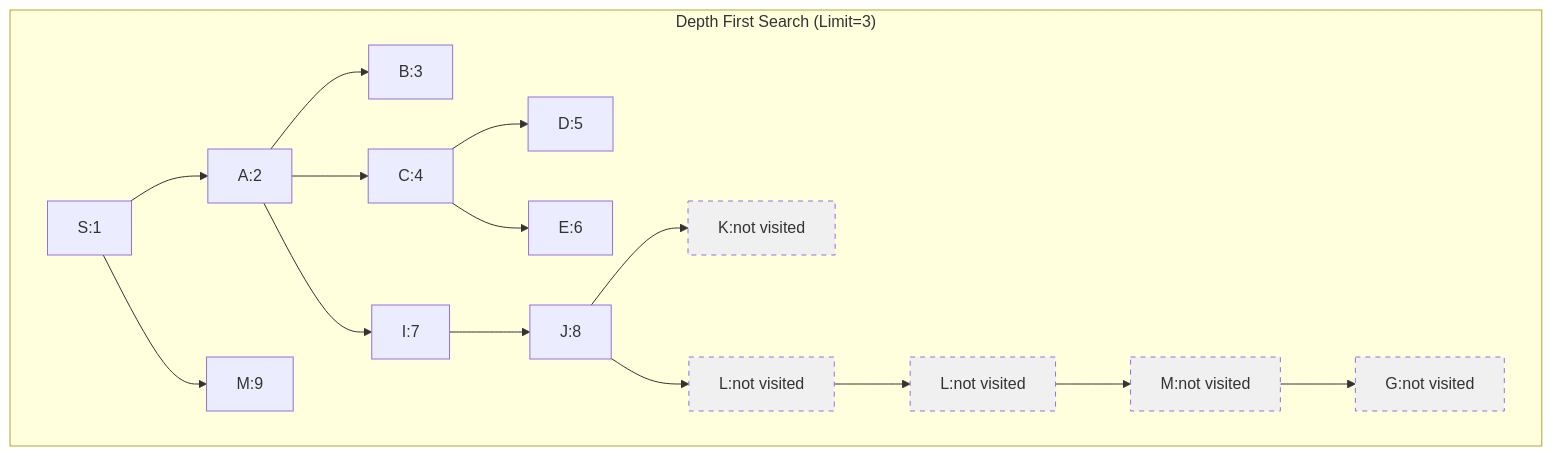
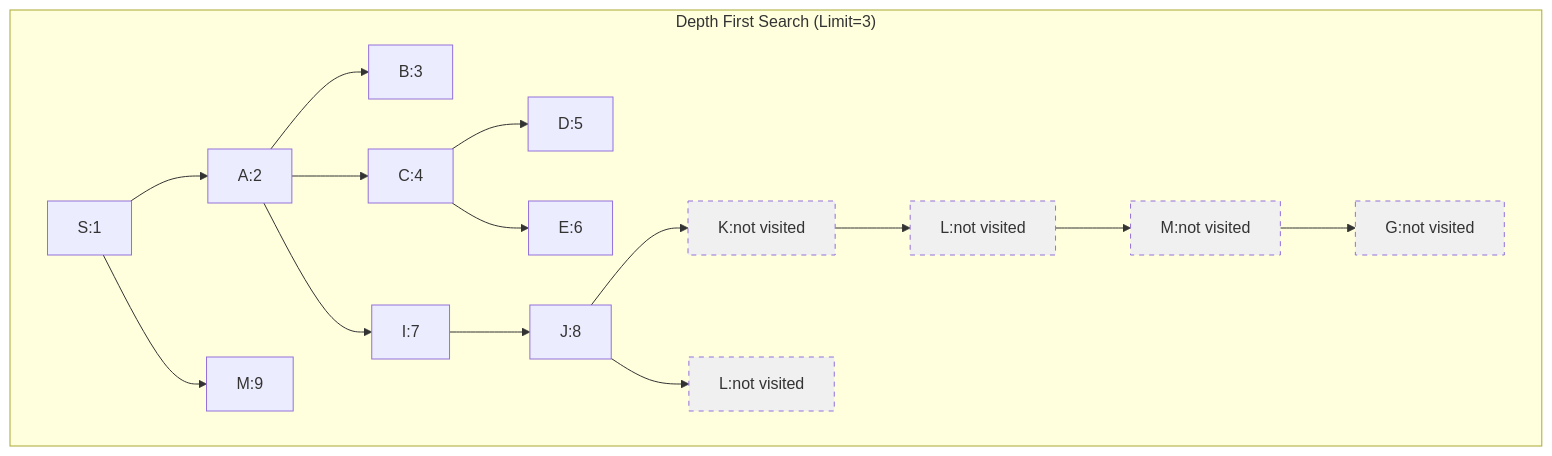
The diagram in DFSLimit3.md (webJdi/AAI_501_Assignments), drawn with Mermaid before and after one commit. The commit also changed 1 other file, not shown here.

Commit message:
Corrected branching issue

```diff
--- a/DFSLimit3.md
+++ b/DFSLimit3.md
@@ -1,41 +1,41 @@
 :::mermaid
 
 graph TD
     subgraph "Depth First Search (Limit=3)"
     S3[S:1]
     A3[A:2]
     M3[M:9]
     B3[B:3]
     C3[C:4]
     I3[I:7]
     D3[D:5]
     E3[E:6]
     J3[J:8]
     K3[K:not visited]
     L13[L:not visited]
     L23[L:not visited]
     M23[M:not visited]
     G3[G:not visited]
 
     S3 --> A3
     S3 --> M3
     A3 --> B3
     A3 --> C3
     A3 --> I3
     C3 --> D3
     C3 --> E3
     I3 --> J3
     J3 --> K3
     J3 --> L13
-    L13 --> L23
+    K3 --> L23
     L23 --> M23
     M23 --> G3
 
     style K3 fill:#f0f0f0,stroke-dasharray: 5 5
     style L13 fill:#f0f0f0,stroke-dasharray: 5 5
     style L23 fill:#f0f0f0,stroke-dasharray: 5 5
     style M23 fill:#f0f0f0,stroke-dasharray: 5 5
     style G3 fill:#f0f0f0,stroke-dasharray: 5 5
     end
 
 :::
```
